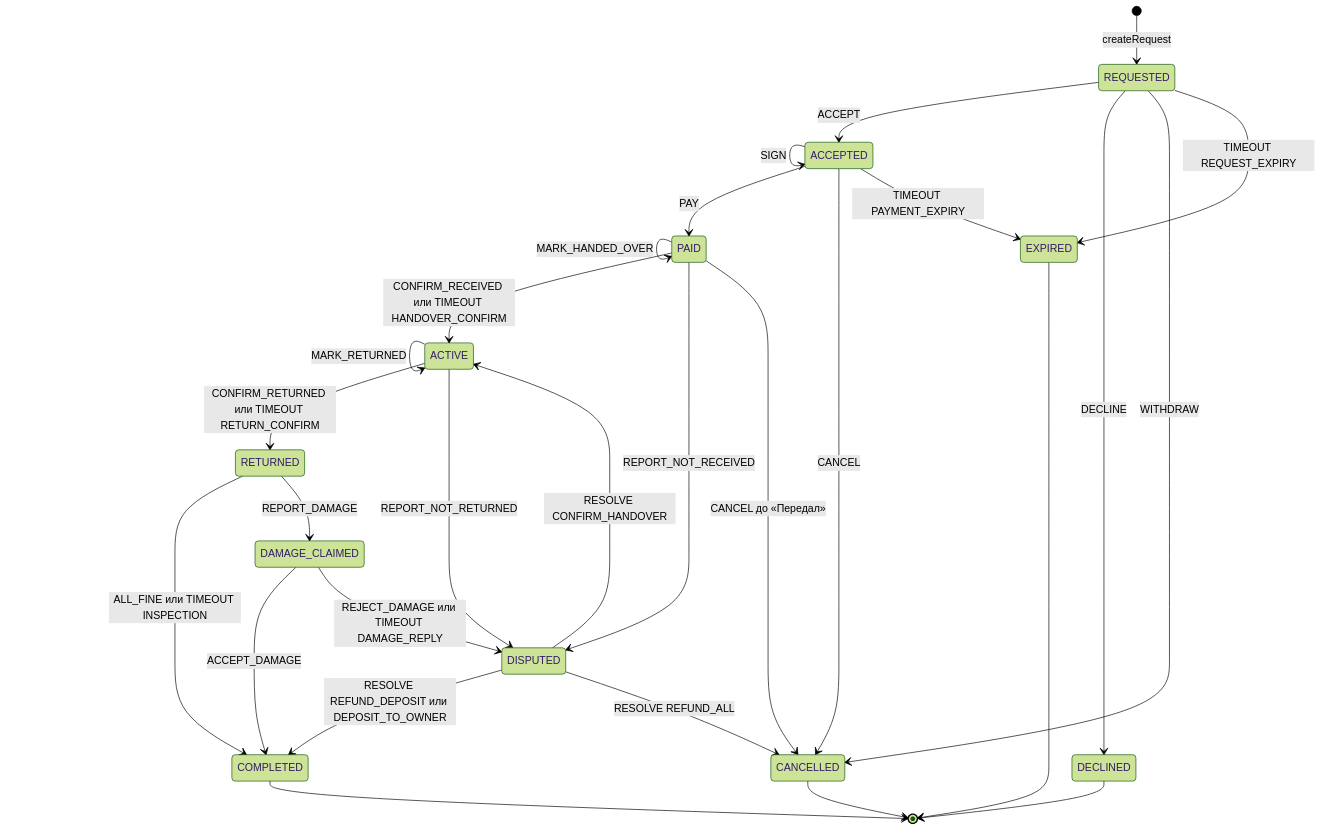
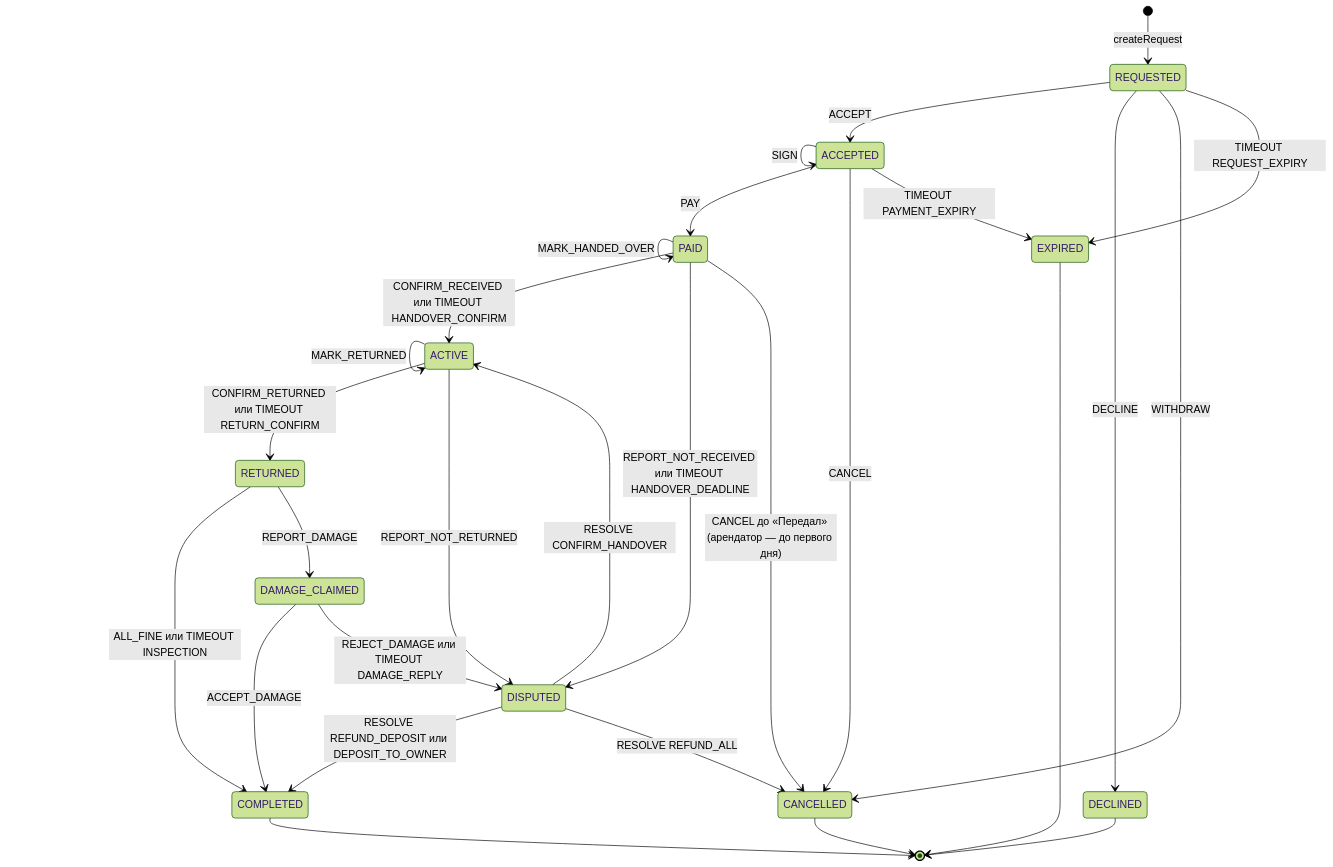
One commit to Crybaby444/Project1 changed the diagram in packages/domain/README.md. Above: the diagram before and after it, drawn with Mermaid (forest theme). The commit also changed other lines of this file and 7 other files, not shown here.

First line of the commit message:
fix(domain): add a handover deadline and stop early handover marks

````diff
--- a/packages/domain/README.md
+++ b/packages/domain/README.md
@@ -94,30 +94,30 @@
 ```mermaid
 stateDiagram-v2
     [*] --> REQUESTED: createRequest
     REQUESTED --> ACCEPTED: ACCEPT
     REQUESTED --> DECLINED: DECLINE
     REQUESTED --> CANCELLED: WITHDRAW
     REQUESTED --> EXPIRED: TIMEOUT REQUEST_EXPIRY
     ACCEPTED --> ACCEPTED: SIGN
     ACCEPTED --> PAID: PAY
     ACCEPTED --> CANCELLED: CANCEL
     ACCEPTED --> EXPIRED: TIMEOUT PAYMENT_EXPIRY
     PAID --> PAID: MARK_HANDED_OVER
     PAID --> ACTIVE: CONFIRM_RECEIVED или TIMEOUT HANDOVER_CONFIRM
-    PAID --> DISPUTED: REPORT_NOT_RECEIVED
-    PAID --> CANCELLED: CANCEL до «Передал»
+    PAID --> DISPUTED: REPORT_NOT_RECEIVED или TIMEOUT HANDOVER_DEADLINE
+    PAID --> CANCELLED: CANCEL до «Передал» (арендатор — до первого дня)
     ACTIVE --> ACTIVE: MARK_RETURNED
     ACTIVE --> RETURNED: CONFIRM_RETURNED или TIMEOUT RETURN_CONFIRM
     ACTIVE --> DISPUTED: REPORT_NOT_RETURNED
     RETURNED --> COMPLETED: ALL_FINE или TIMEOUT INSPECTION
     RETURNED --> DAMAGE_CLAIMED: REPORT_DAMAGE
     DAMAGE_CLAIMED --> COMPLETED: ACCEPT_DAMAGE
     DAMAGE_CLAIMED --> DISPUTED: REJECT_DAMAGE или TIMEOUT DAMAGE_REPLY
     DISPUTED --> COMPLETED: RESOLVE REFUND_DEPOSIT или DEPOSIT_TO_OWNER
     DISPUTED --> CANCELLED: RESOLVE REFUND_ALL
     DISPUTED --> ACTIVE: RESOLVE CONFIRM_HANDOVER
     COMPLETED --> [*]
     DECLINED --> [*]
     EXPIRED --> [*]
     CANCELLED --> [*]
 ```
````
